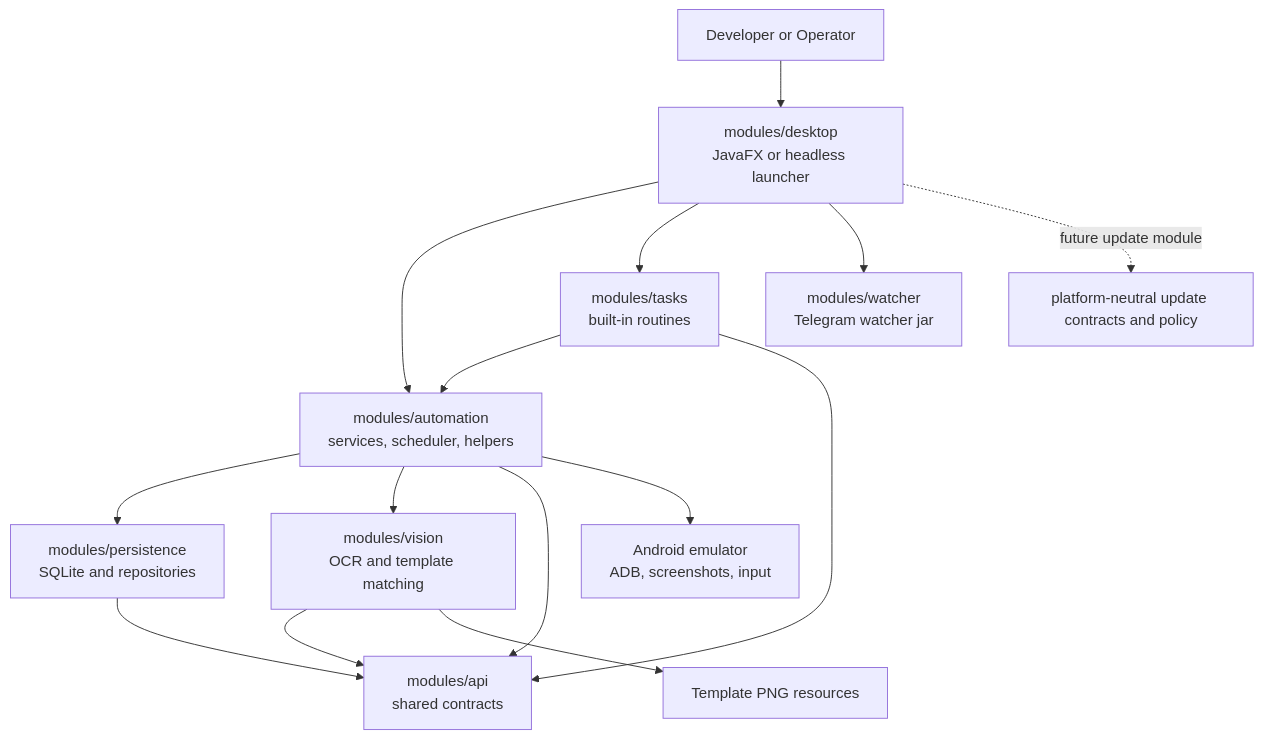
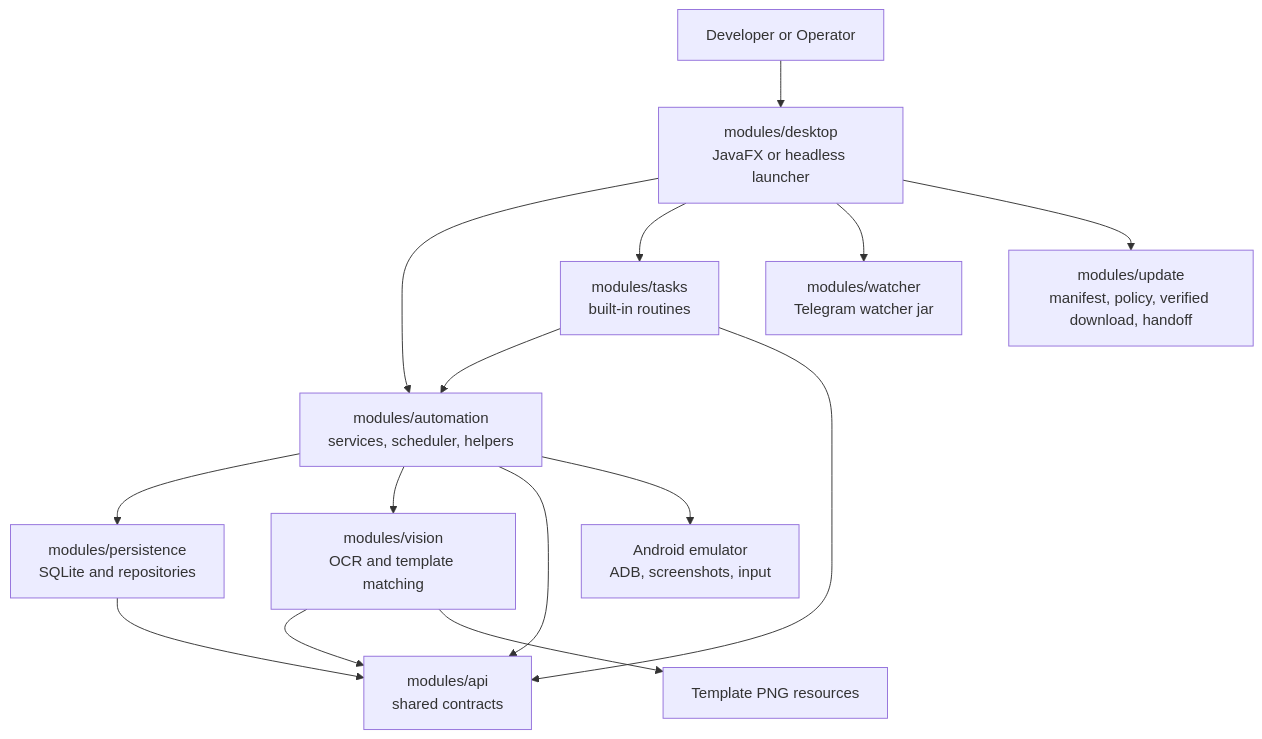
One commit to Privatexiao/wosbot changed the first of 4 diagrams in docs/architecture.md. Above: the diagram before and after it, drawn with Mermaid. The commit also changed other lines of this file and 59 other files, not shown here.

````diff
--- a/docs/architecture.md
+++ b/docs/architecture.md
@@ -7,19 +7,19 @@
 ```mermaid
 flowchart TD
     User[Developer or Operator] --> App[modules/desktop<br/>JavaFX or headless launcher]
     App --> Engine[modules/automation<br/>services, scheduler, helpers]
     App --> Tasks[modules/tasks<br/>built-in routines]
     App --> Watcher[modules/watcher<br/>Telegram watcher jar]
-    App -. future update module .-> Update[platform-neutral update contracts and policy]
+    App --> Update[modules/update<br/>manifest, policy, verified download, handoff]
 
     Engine --> Data[modules/persistence<br/>SQLite and repositories]
     Engine --> Vision[modules/vision<br/>OCR and template matching]
     Engine --> Api[modules/api<br/>shared contracts]
     Tasks --> Engine
     Tasks --> Api
     Vision --> Api
     Data --> Api
 
     Engine --> Android[Android emulator<br/>ADB, screenshots, input]
     Vision --> Templates[Template PNG resources]
 ```
````
